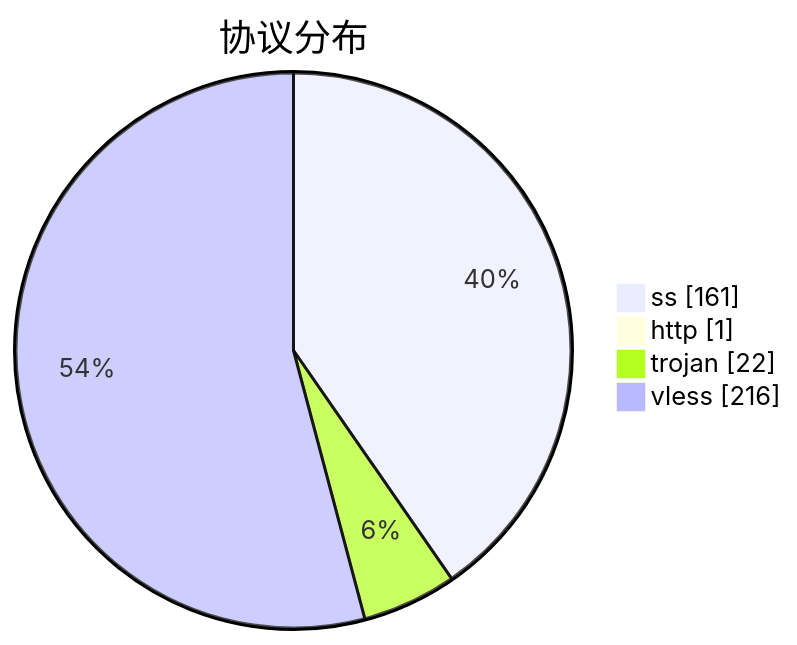
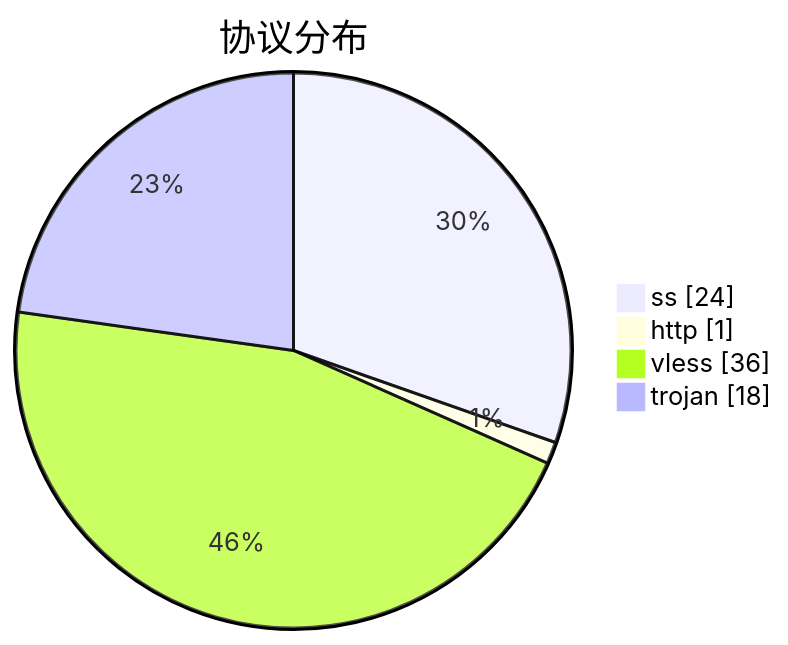
Before and after one commit to qjlxg/airport: the third of 3 diagrams in subs/statistics/tested_within.md, drawn with Mermaid. The commit also changed other lines of this file and 2 other files, not shown here.

````diff
--- a/subs/statistics/tested_within.md
+++ b/subs/statistics/tested_within.md
@@ -19,8 +16,8 @@
 ```mermaid
 pie showData
 title 协议分布
-"ss" : 161
+"ss" : 24
 "http" : 1
-"trojan" : 22
-"vless" : 216
+"vless" : 36
+"trojan" : 18
 ```
````
